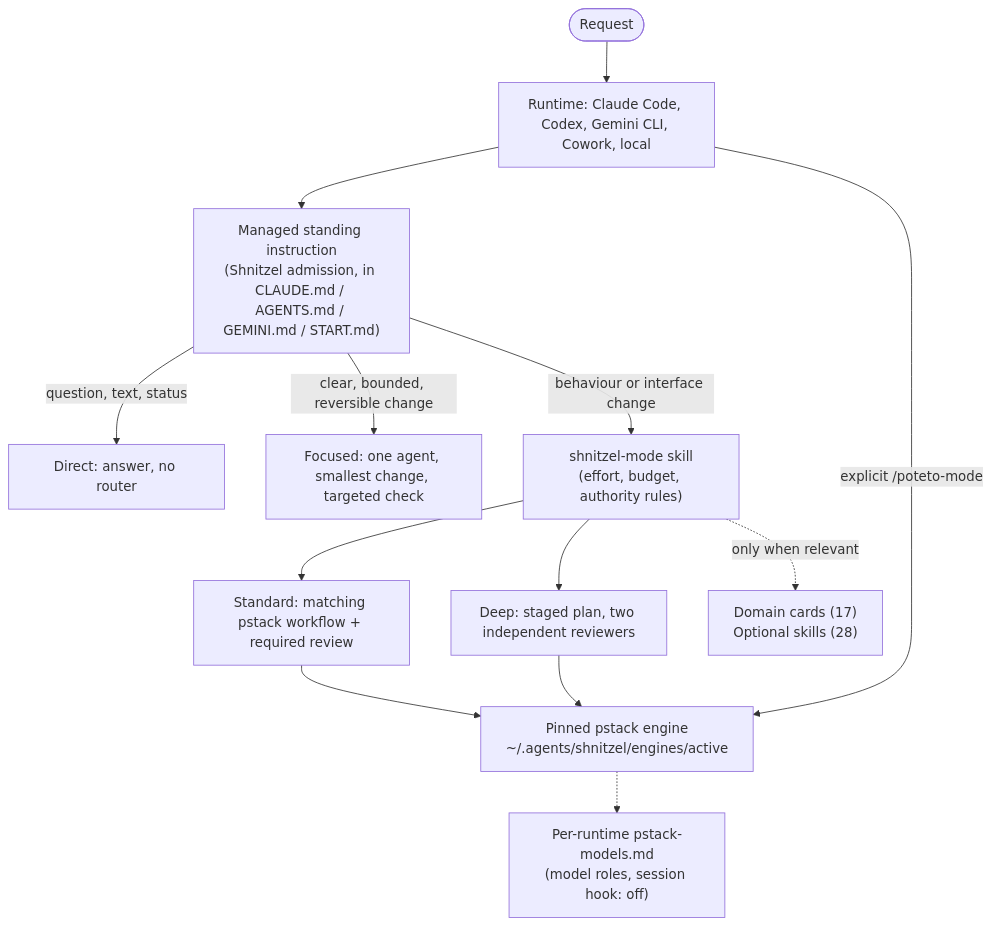
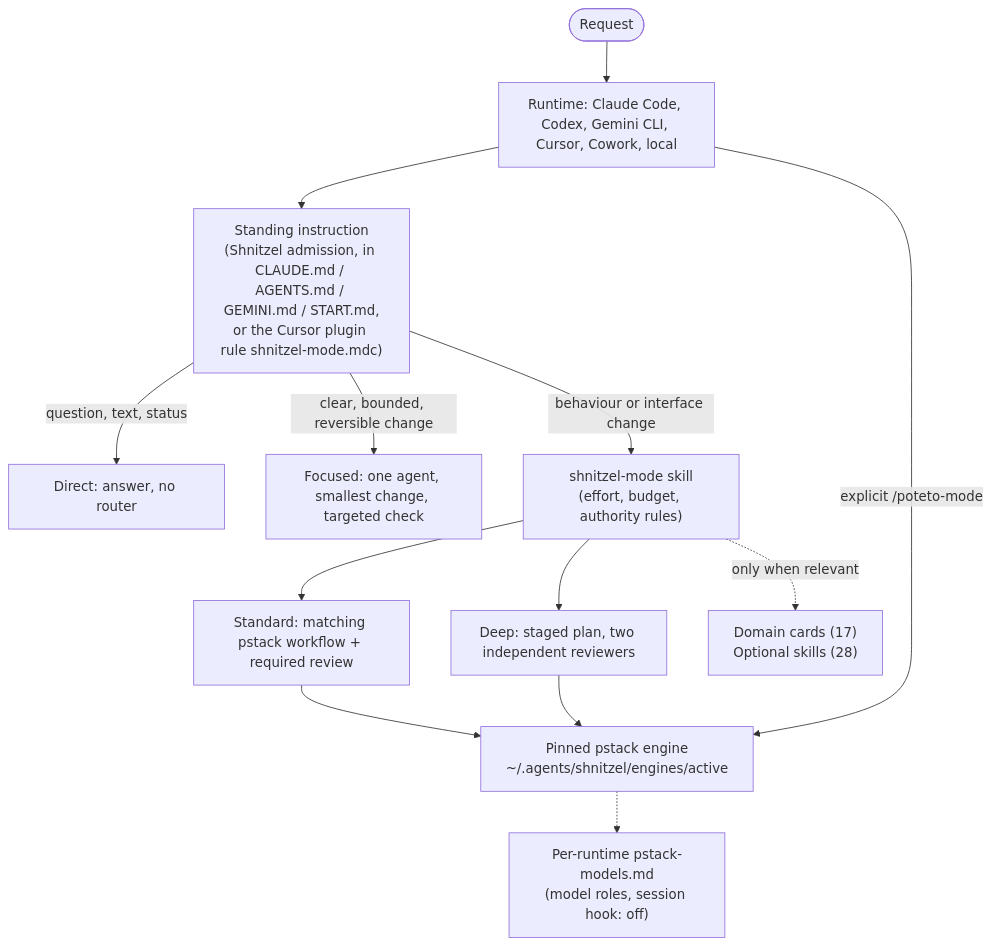
Before and after one commit to amitrintzler/my-stack: the first of 4 diagrams in modes/shnitzel-mode/docs/architecture.md, drawn with Mermaid. The commit also changed other lines of this file and 23 other files, not shown here.

First line of the commit message:
Shnitzel 1.9.0: official Cursor support

````diff
--- a/modes/shnitzel-mode/docs/architecture.md
+++ b/modes/shnitzel-mode/docs/architecture.md
@@ -11,15 +11,15 @@
 ```mermaid
 flowchart TB
-  user([Request]) --> runtime["Runtime: Claude Code, Codex, Gemini CLI, Cowork, local"]
-  runtime --> instr["Managed standing instruction<br/>(Shnitzel admission, in CLAUDE.md / AGENTS.md / GEMINI.md / START.md)"]
+  user([Request]) --> runtime["Runtime: Claude Code, Codex, Gemini CLI, Cursor, Cowork, local"]
+  runtime --> instr["Standing instruction<br/>(Shnitzel admission, in CLAUDE.md / AGENTS.md / GEMINI.md / START.md,<br/>or the Cursor plugin rule shnitzel-mode.mdc)"]
   instr -->|question, text, status| direct[Direct: answer, no router]
   instr -->|clear, bounded, reversible change| focused[Focused: one agent, smallest change, targeted check]
   instr -->|behaviour or interface change| router["shnitzel-mode skill<br/>(effort, budget, authority rules)"]
   router --> standard[Standard: matching pstack workflow + required review]
   router --> deep[Deep: staged plan, two independent reviewers]
   standard --> engine
   deep --> engine
   runtime -->|explicit /poteto-mode| engine["Pinned pstack engine<br/>~/.agents/shnitzel/engines/active"]
   router -.->|only when relevant| extras["Domain cards (17)<br/>Optional skills (28)"]
   engine -.-> models["Per-runtime pstack-models.md<br/>(model roles, session hook: off)"]
 ```
````
